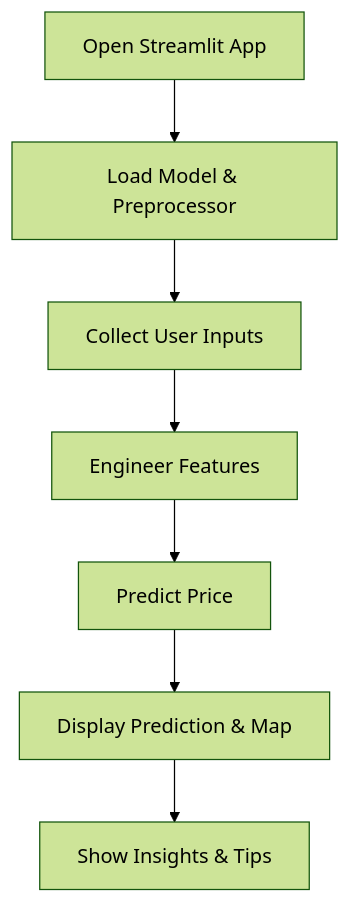
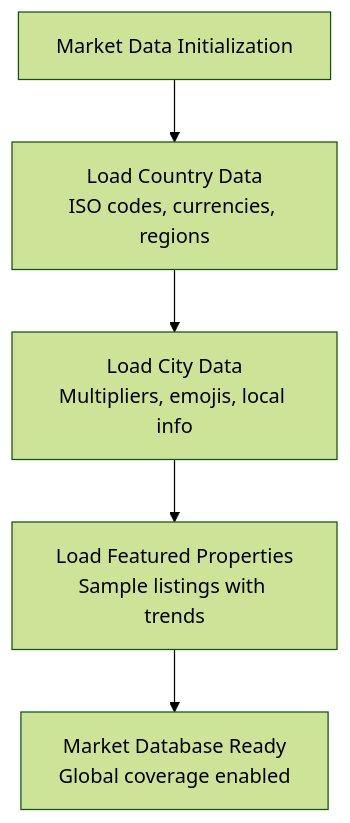
The third of 4 diagrams in .qoder/repowiki/en/content/Project Overview.md (tashkirrr/housing-price-prediction), drawn with Mermaid (forest theme) before and after one commit. The commit also changed other lines of this file and 9 other files, not shown here.

````diff
--- a/.qoder/repowiki/en/content/Project Overview.md
+++ b/.qoder/repowiki/en/content/Project Overview.md
@@ -282,9 +185,7 @@
 ```mermaid
 flowchart TD
-StartUI["Open Streamlit App"] --> Load["Load Model & Preprocessor"]
-Load --> Inputs["Collect User Inputs"]
-Inputs --> Eng["Engineer Features"]
-Eng --> Predict["Predict Price"]
-Predict --> Display["Display Prediction & Map"]
-Display --> Insights["Show Insights & Tips"]
+Start["Market Data Initialization"] --> Countries["Load Country Data<br/>ISO codes, currencies, regions"]
+Countries --> Cities["Load City Data<br/>Multipliers, emojis, local info"]
+Cities --> Properties["Load Featured Properties<br/>Sample listings with trends"]
+Properties --> Ready["Market Database Ready<br/>Global coverage enabled"]
 ```
````
